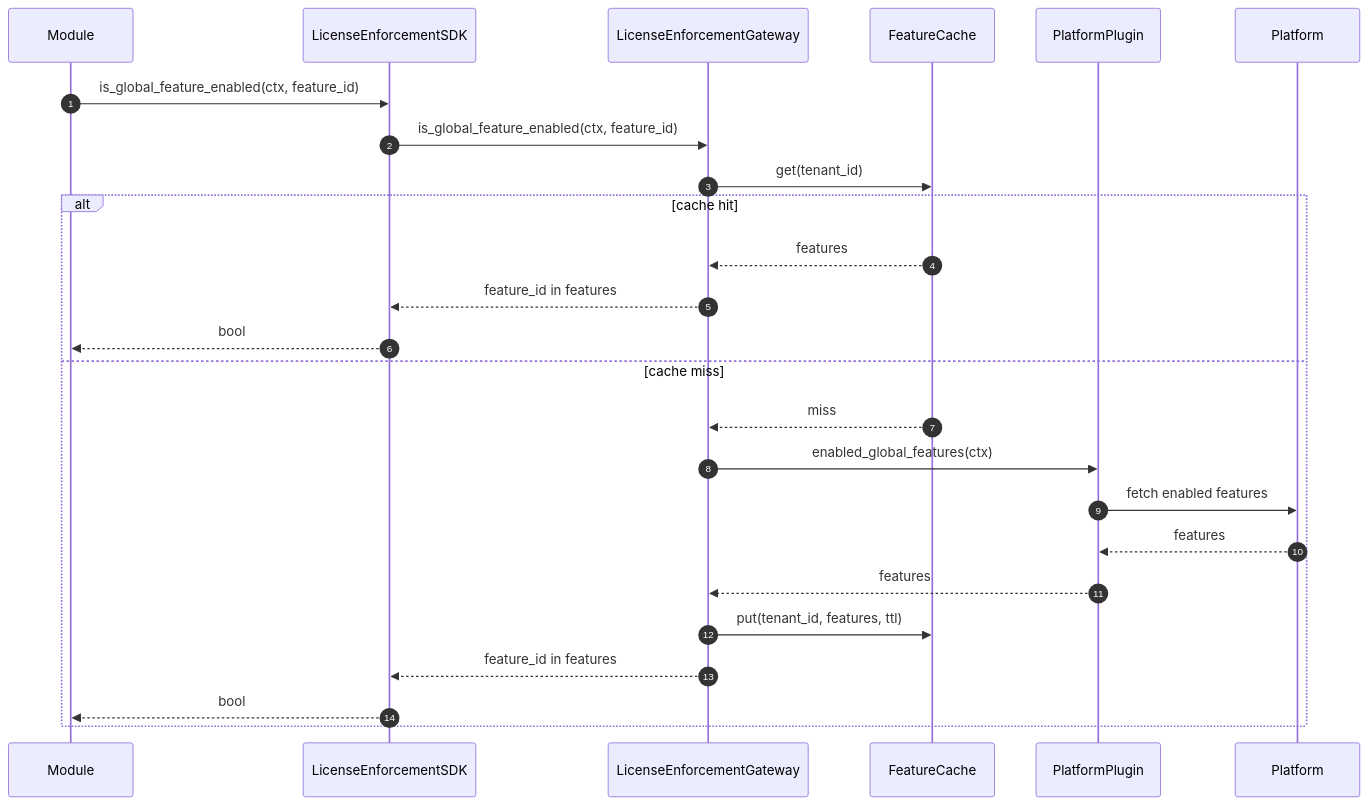
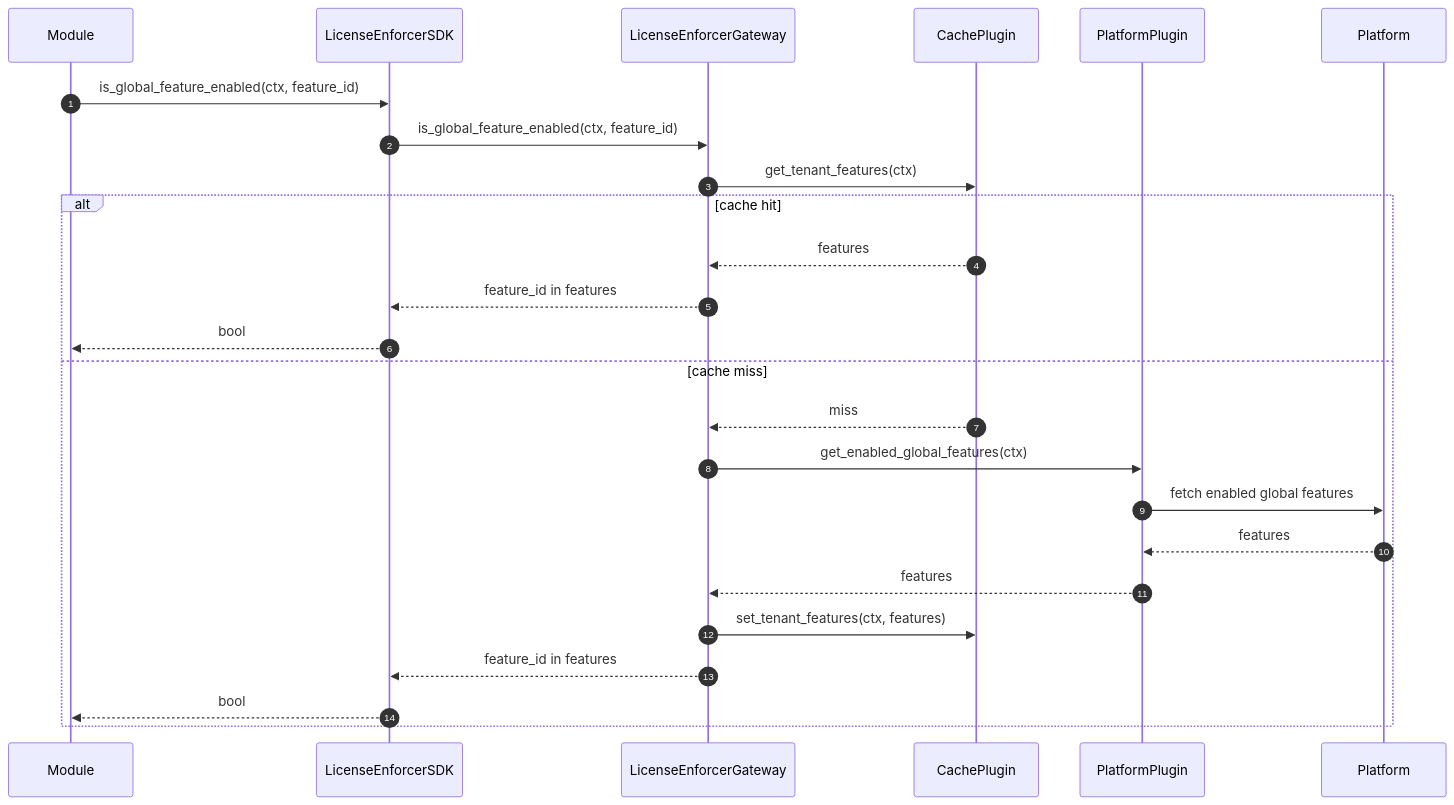
The second of 2 diagrams in modules/system/license_enforcer/docs/DESIGN.md (hypernetix/hyperspot), drawn with Mermaid before and after one commit. The commit also changed other lines of this file and 5 other files, not shown here.

Commit message:
docs(license_enforcement): feature design

````diff
--- a/modules/system/license_enforcer/docs/DESIGN.md
+++ b/modules/system/license_enforcer/docs/DESIGN.md
@@ -185,29 +185,29 @@
 ```mermaid
 sequenceDiagram
     autonumber
     participant M as Module
-    participant SDK as LicenseEnforcementSDK
-    participant GW as LicenseEnforcementGateway
-    participant C as FeatureCache
+    participant SDK as LicenseEnforcerSDK
+    participant GW as LicenseEnforcerGateway
+    participant C as CachePlugin
     participant P as PlatformPlugin
     participant PL as Platform
 
     M->>SDK: is_global_feature_enabled(ctx, feature_id)
     SDK->>GW: is_global_feature_enabled(ctx, feature_id)
 
-    GW->>C: get(tenant_id)
+    GW->>C: get_tenant_features(ctx)
     alt cache hit
         C-->>GW: features
         GW-->>SDK: feature_id in features
         SDK-->>M: bool
     else cache miss
         C-->>GW: miss
-        GW->>P: enabled_global_features(ctx)
-        P->>PL: fetch enabled features
+        GW->>P: get_enabled_global_features(ctx)
+        P->>PL: fetch enabled global features
         PL-->>P: features
         P-->>GW: features
-        GW->>C: put(tenant_id, features, ttl)
+        GW->>C: set_tenant_features(ctx, features)
         GW-->>SDK: feature_id in features
         SDK-->>M: bool
     end
 ```
````
